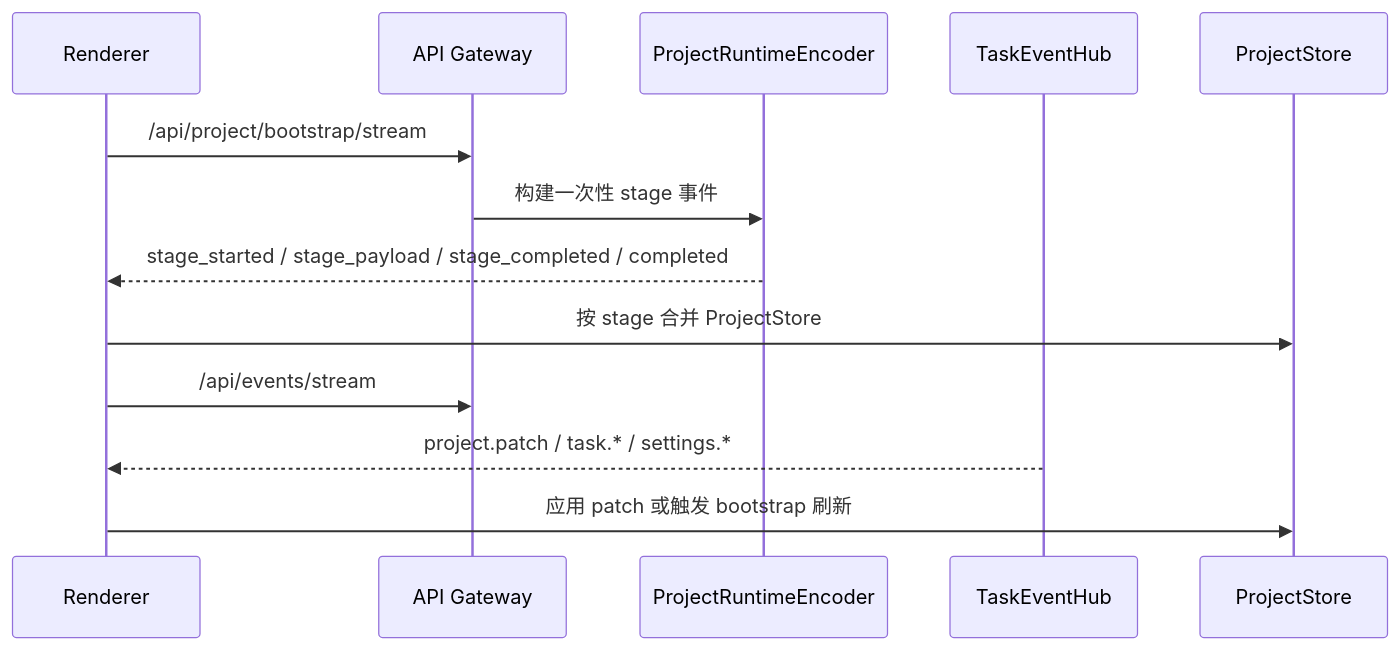
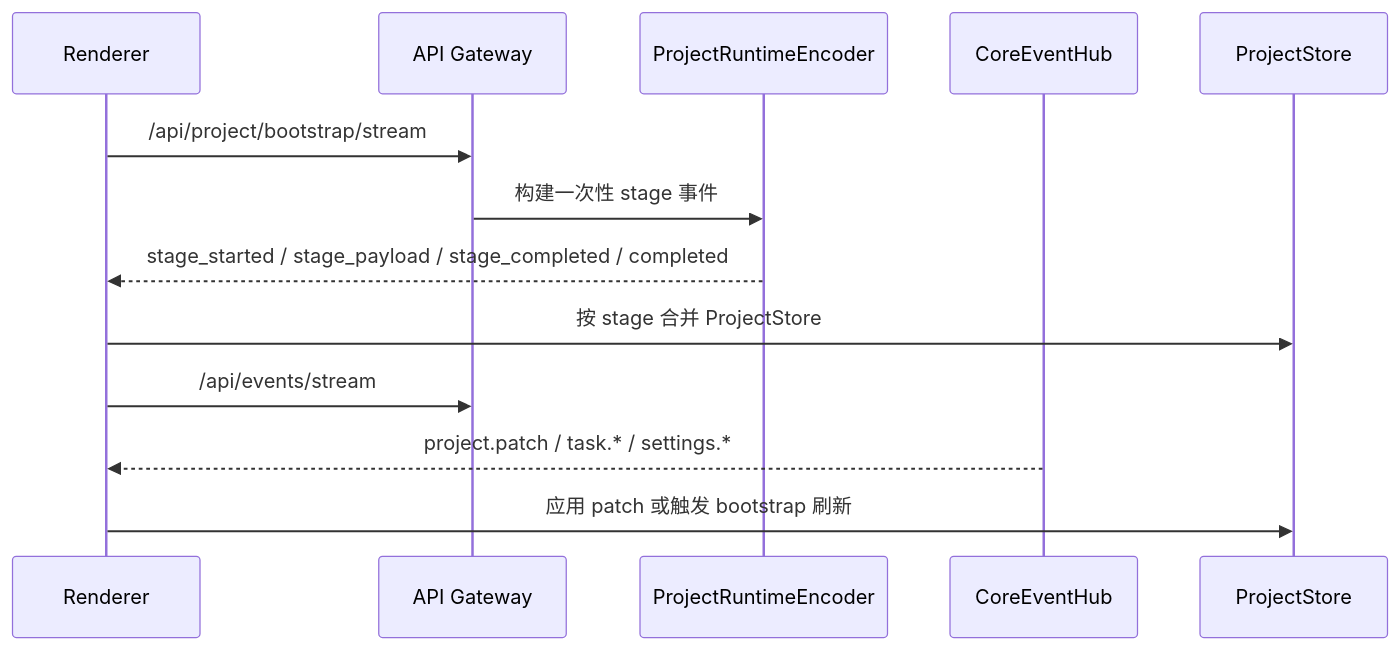
One commit to neavo/LinguaGacha changed the third of 3 diagrams in docs/ARCHITECTURE.md. Above: the diagram before and after it, drawn with Mermaid. The commit also changed other lines of this file and 99 other files, not shown here.

````diff
--- a/docs/ARCHITECTURE.md
+++ b/docs/ARCHITECTURE.md
@@ -62,16 +64,16 @@
 ```mermaid
 sequenceDiagram
   participant UI as Renderer
   participant API as API Gateway
   participant Enc as ProjectRuntimeEncoder
-  participant Hub as TaskEventHub
+  participant Hub as CoreEventHub
   participant Store as ProjectStore
 
   UI->>API: /api/project/bootstrap/stream
   API->>Enc: 构建一次性 stage 事件
   Enc-->>UI: stage_started / stage_payload / stage_completed / completed
   UI->>Store: 按 stage 合并 ProjectStore
   UI->>API: /api/events/stream
   Hub-->>UI: project.patch / task.* / settings.*
   UI->>Store: 应用 patch 或触发 bootstrap 刷新
 ```
````
